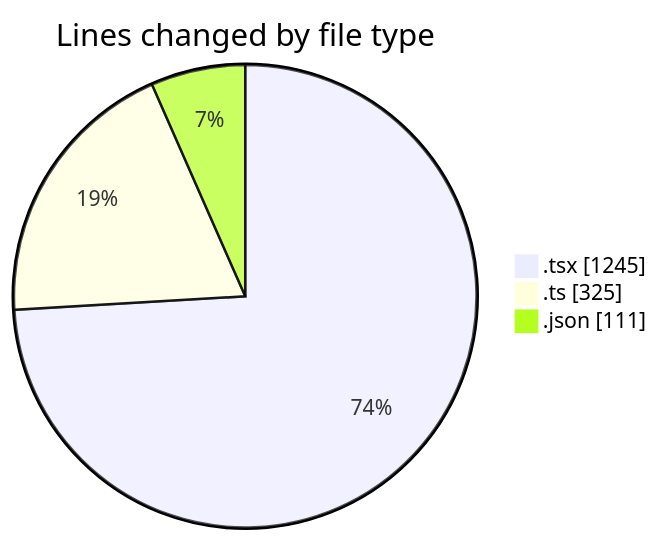
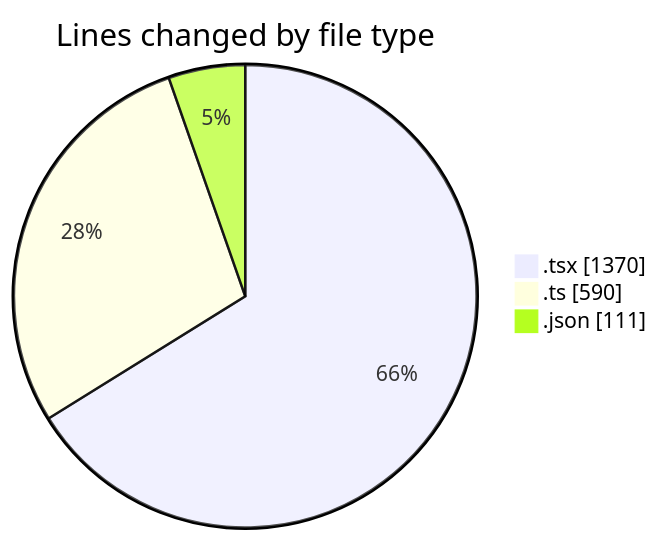
Before and after one commit to julien-gomy/code-tracking: the first of 2 diagrams in 2025-11-08/eventscop-frontend-guide__workspace_/README.md, drawn with Mermaid. The commit also changed other lines of this file and 1 other file, not shown here.

````diff
--- a/2025-11-08/eventscop-frontend-guide__workspace_/README.md
+++ b/2025-11-08/eventscop-frontend-guide__workspace_/README.md
@@ -32,7 +34,7 @@
 ```mermaid
 pie showData
 title Lines changed by file type
-".tsx" : 1245
-".ts" : 325
+".tsx" : 1370
+".ts" : 590
 ".json" : 111
 ```
````
